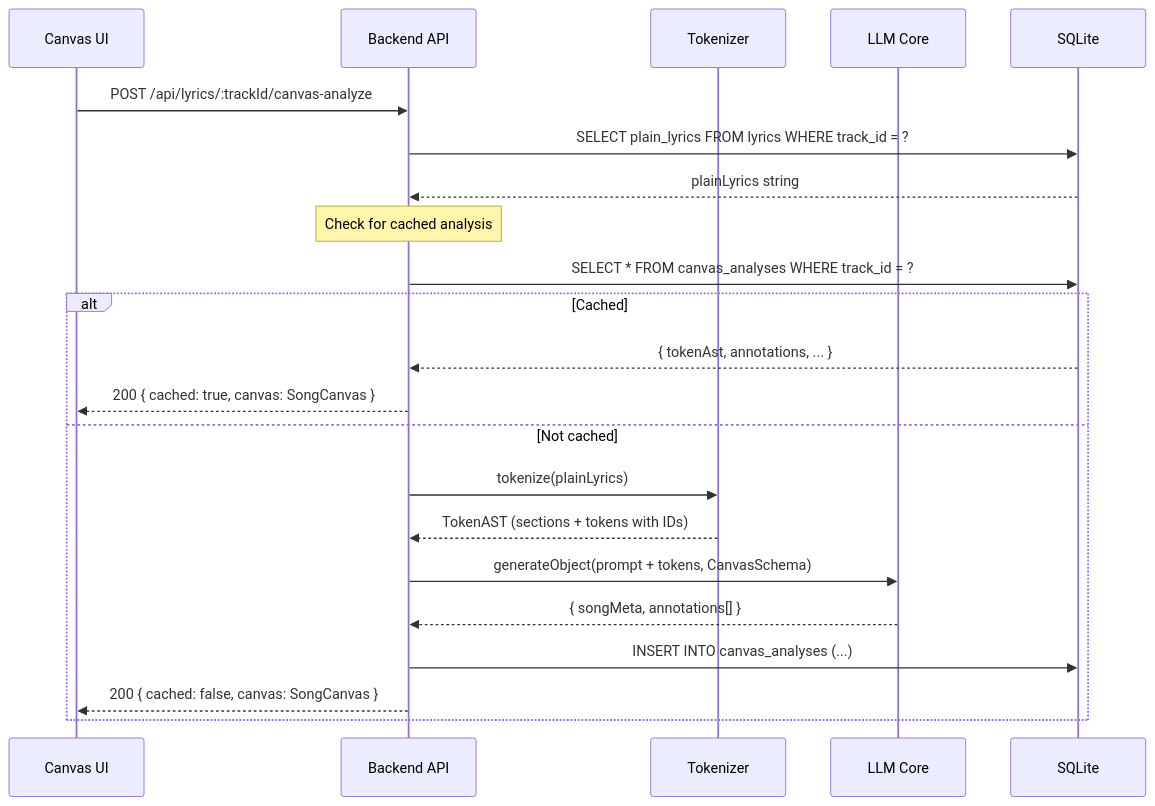
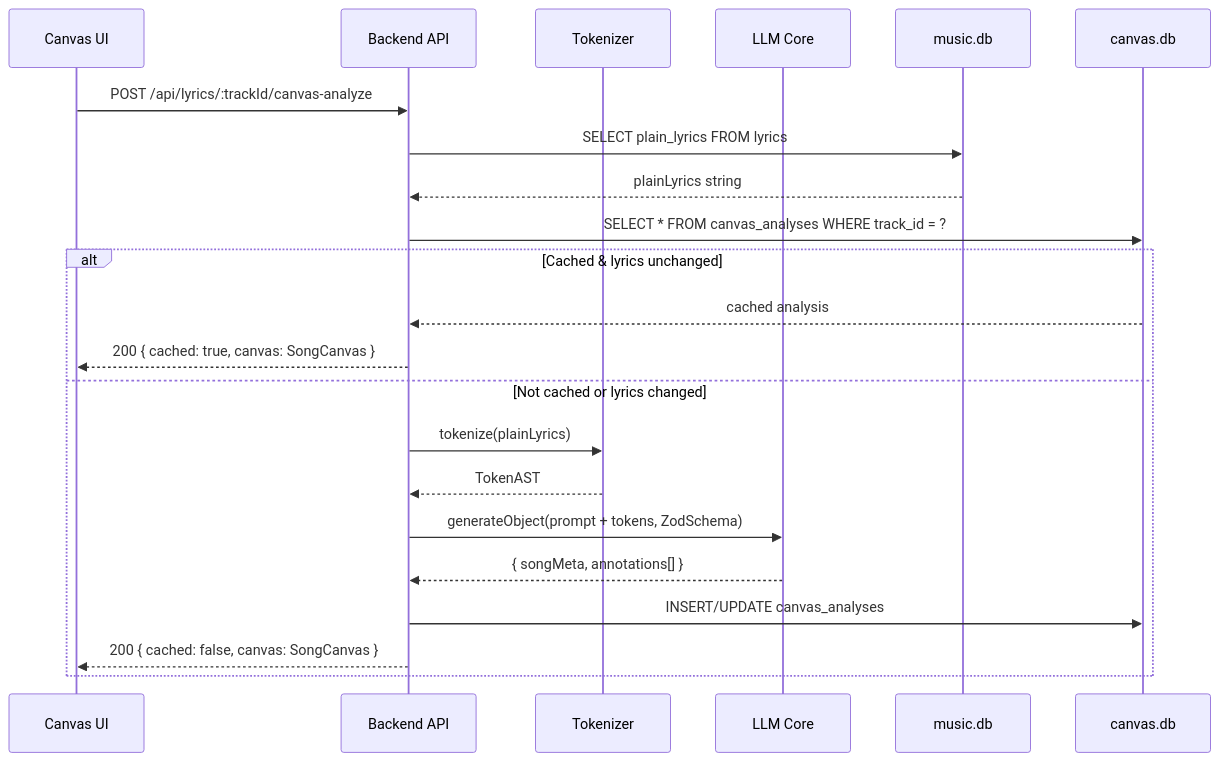
The third of 3 diagrams in docs/flows/lyrics-canvas/architecture.md (jorgesalica/flow-sample), drawn with Mermaid before and after one commit. The commit also changed other lines of this file and 2 other files, not shown here.

Commit message:
docs: refactor architecture to three-pillar model with separated DB, add use case walkthrough

````diff
--- a/docs/flows/lyrics-canvas/architecture.md
+++ b/docs/flows/lyrics-canvas/architecture.md
@@ -57,27 +145,27 @@
 ```mermaid
 sequenceDiagram
     participant UI as Canvas UI
     participant API as Backend API
     participant TOK as Tokenizer
     participant LLM as LLM Core
-    participant DB as SQLite
+    participant MDB as music.db
+    participant CDB as canvas.db
 
     UI->>API: POST /api/lyrics/:trackId/canvas-analyze
-    API->>DB: SELECT plain_lyrics FROM lyrics WHERE track_id = ?
-    DB-->>API: plainLyrics string
+    API->>MDB: SELECT plain_lyrics FROM lyrics
+    MDB-->>API: plainLyrics string
 
-    Note over API: Check for cached analysis
-    API->>DB: SELECT * FROM canvas_analyses WHERE track_id = ?
+    API->>CDB: SELECT * FROM canvas_analyses WHERE track_id = ?
 
-    alt Cached
-        DB-->>API: { tokenAst, annotations, ... }
+    alt Cached & lyrics unchanged
+        CDB-->>API: cached analysis
         API-->>UI: 200 { cached: true, canvas: SongCanvas }
-    else Not cached
+    else Not cached or lyrics changed
         API->>TOK: tokenize(plainLyrics)
-        TOK-->>API: TokenAST (sections + tokens with IDs)
-        API->>LLM: generateObject(prompt + tokens, CanvasSchema)
+        TOK-->>API: TokenAST
+        API->>LLM: generateObject(prompt + tokens, ZodSchema)
         LLM-->>API: { songMeta, annotations[] }
-        API->>DB: INSERT INTO canvas_analyses (...)
+        API->>CDB: INSERT/UPDATE canvas_analyses
         API-->>UI: 200 { cached: false, canvas: SongCanvas }
     end
 ```
````
